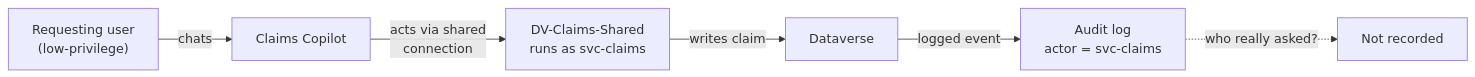
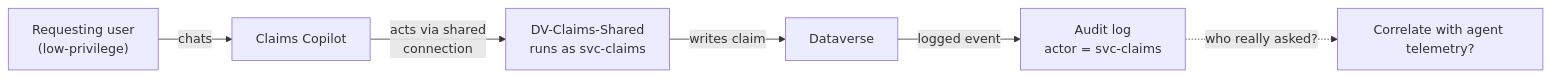
Before and after one commit to solliancenet/copilot-studio-shadow-agents-workshop: the diagram in docs/05_test_the_controls/05_07.md, drawn with Mermaid. The commit also changed other lines of this file and 9 other files, not shown here.

````diff
--- a/docs/05_test_the_controls/05_07.md
+++ b/docs/05_test_the_controls/05_07.md
@@ -94,8 +99,8 @@
 ```mermaid
 flowchart LR
   U["Requesting user<br/>(low-privilege)"] -->|chats| Ag["Claims Copilot"]
   Ag -->|acts via shared<br/>connection| Conn["DV-Claims-Shared<br/>runs as svc-claims"]
   Conn -->|writes claim| DV["Dataverse"]
   DV -->|logged event| Log["Audit log<br/>actor = svc-claims"]
-  Log -.->|who really asked?| Gap["Not recorded"]
+  Log -.->|who really asked?| Gap["Correlate with agent telemetry?"]
 ```
````
